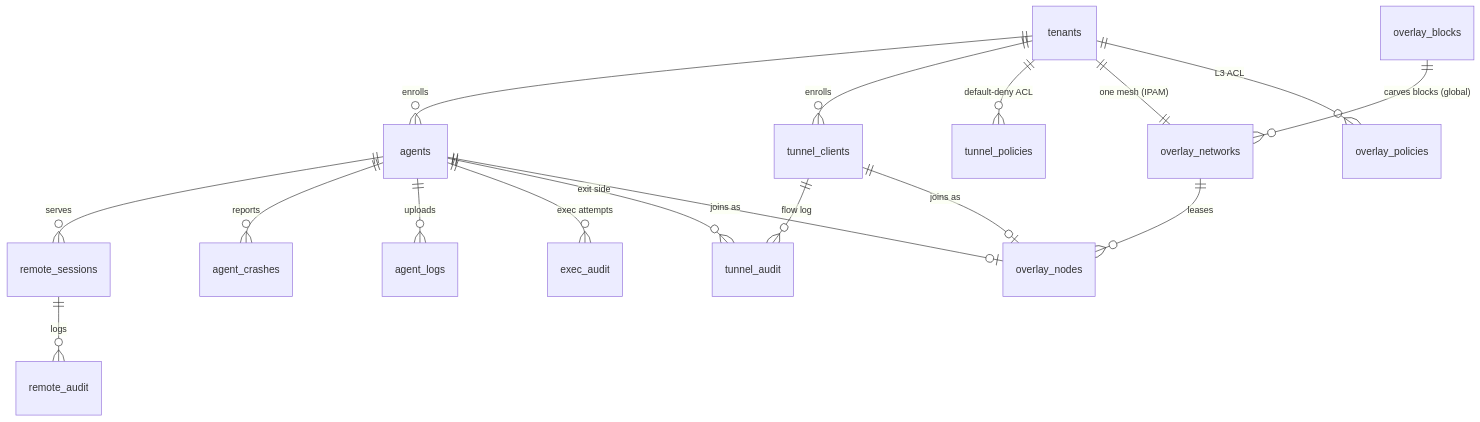
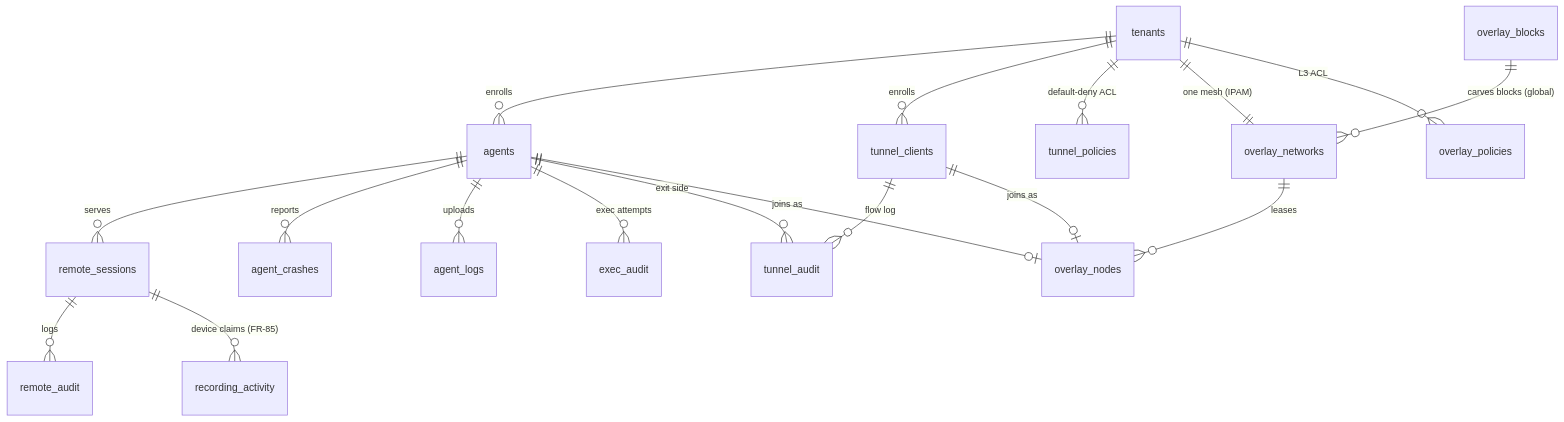
One commit to gjovanov/roomler-ai changed the second of 2 diagrams in docs/data-model.md. Above: the diagram before and after it, drawn with Mermaid. The commit also changed other lines of this file and 25 other files, not shown here.

````diff
--- a/docs/data-model.md
+++ b/docs/data-model.md
@@ -61,19 +61,20 @@
 ```mermaid
 erDiagram
     tenants ||--o{ agents : enrolls
     agents ||--o{ remote_sessions : serves
     remote_sessions ||--o{ remote_audit : logs
+    remote_sessions ||--o{ recording_activity : "device claims (FR-85)"
     agents ||--o{ agent_crashes : reports
     agents ||--o{ agent_logs : uploads
     agents ||--o{ exec_audit : "exec attempts"
     tenants ||--o{ tunnel_clients : enrolls
     tenants ||--o{ tunnel_policies : "default-deny ACL"
     tunnel_clients ||--o{ tunnel_audit : "flow log"
     agents ||--o{ tunnel_audit : "exit side"
     tenants ||--|| overlay_networks : "one mesh (IPAM)"
     overlay_networks ||--o{ overlay_nodes : leases
     agents ||--o| overlay_nodes : "joins as"
     tunnel_clients ||--o| overlay_nodes : "joins as"
     tenants ||--o{ overlay_policies : "L3 ACL"
     overlay_blocks ||--o{ overlay_networks : "carves blocks (global)"
 ```
````
